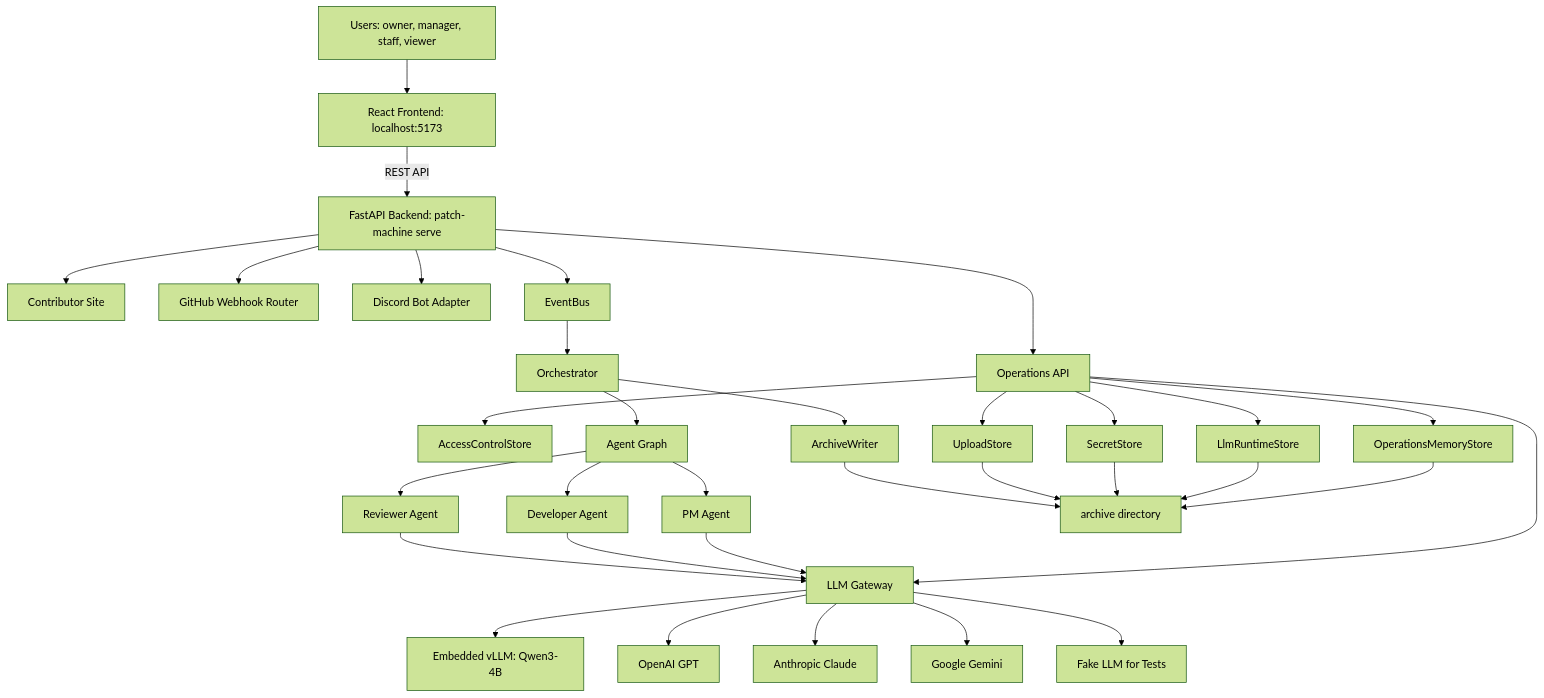
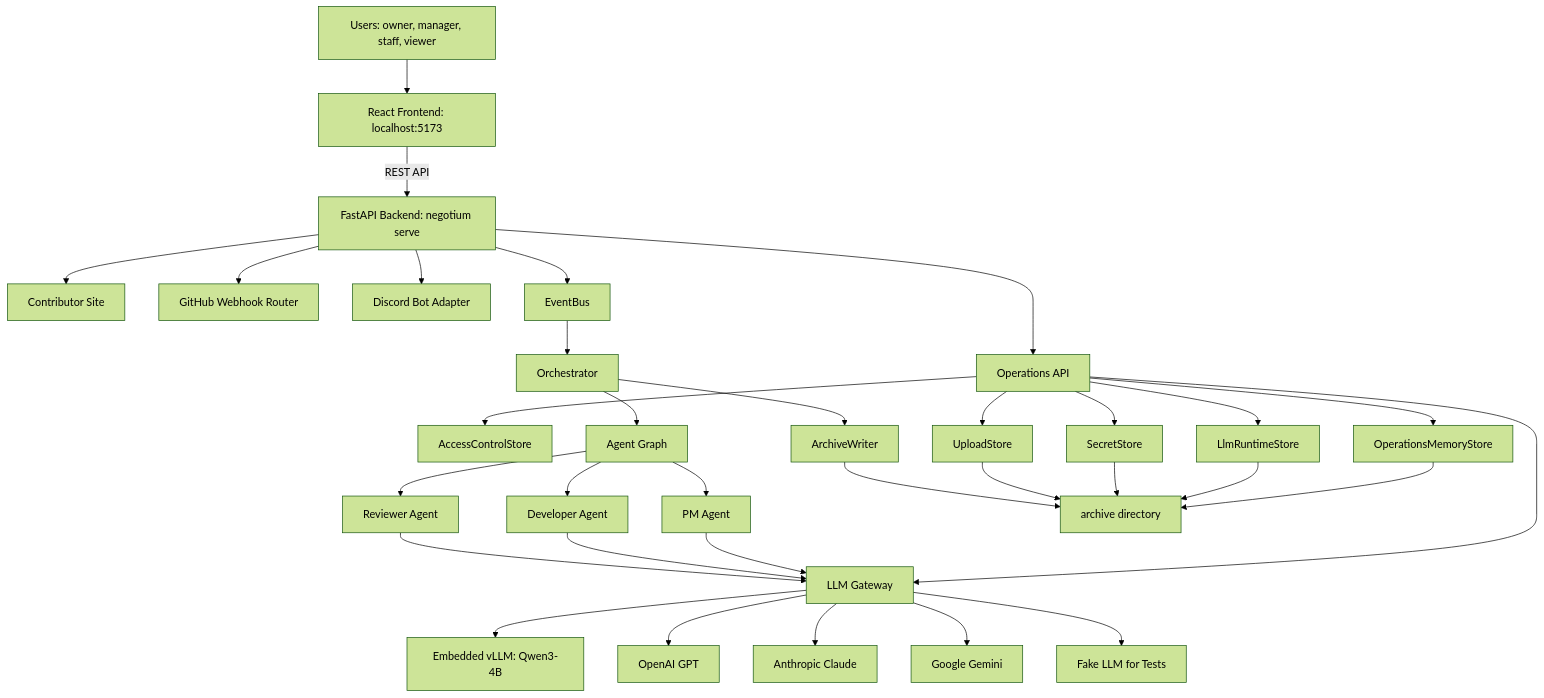
Before and after one commit to PatchMachine/Negotium: the first of 9 diagrams in docs/architecture.md, drawn with Mermaid (forest theme). The commit also changed other lines of this file and 299 other files, not shown here.

First line of the commit message:
Rename Python package and distribution: patch_machine -> negotium

````diff
--- a/docs/architecture.md
+++ b/docs/architecture.md
@@ -7,42 +7,42 @@
 ```mermaid
 flowchart TB
   User["Users: owner, manager, staff, viewer"] --> Frontend["React Frontend: localhost:5173"]
 
-  Frontend -->|"REST API"| FastAPI["FastAPI Backend: patch-machine serve"]
+  Frontend -->|"REST API"| FastAPI["FastAPI Backend: negotium serve"]
 
   FastAPI --> OperationsAPI["Operations API"]
   FastAPI --> ContributorSite["Contributor Site"]
   FastAPI --> GithubWebhook["GitHub Webhook Router"]
   FastAPI --> DiscordBot["Discord Bot Adapter"]
 
   OperationsAPI --> AccessControl["AccessControlStore"]
   OperationsAPI --> SecretStore["SecretStore"]
   OperationsAPI --> UploadStore["UploadStore"]
   OperationsAPI --> OperationsMemory["OperationsMemoryStore"]
   OperationsAPI --> LlmRuntime["LlmRuntimeStore"]
   OperationsAPI --> LlmGateway["LLM Gateway"]
 
   LlmGateway --> LocalVllm["Embedded vLLM: Qwen3-4B"]
   LlmGateway --> OpenAI["OpenAI GPT"]
   LlmGateway --> Claude["Anthropic Claude"]
   LlmGateway --> Gemini["Google Gemini"]
   LlmGateway --> FakeLLM["Fake LLM for Tests"]
 
   FastAPI --> EventBus["EventBus"]
   EventBus --> Orchestrator["Orchestrator"]
   Orchestrator --> AgentGraph["Agent Graph"]
   AgentGraph --> PmAgent["PM Agent"]
   AgentGraph --> DevAgent["Developer Agent"]
   AgentGraph --> ReviewerAgent["Reviewer Agent"]
 
   PmAgent --> LlmGateway
   DevAgent --> LlmGateway
   ReviewerAgent --> LlmGateway
 
   OperationsMemory --> Archive["archive directory"]
   LlmRuntime --> Archive
   SecretStore --> Archive
   UploadStore --> Archive
   Orchestrator --> ArchiveWriter["ArchiveWriter"]
   ArchiveWriter --> Archive
 ```
````
